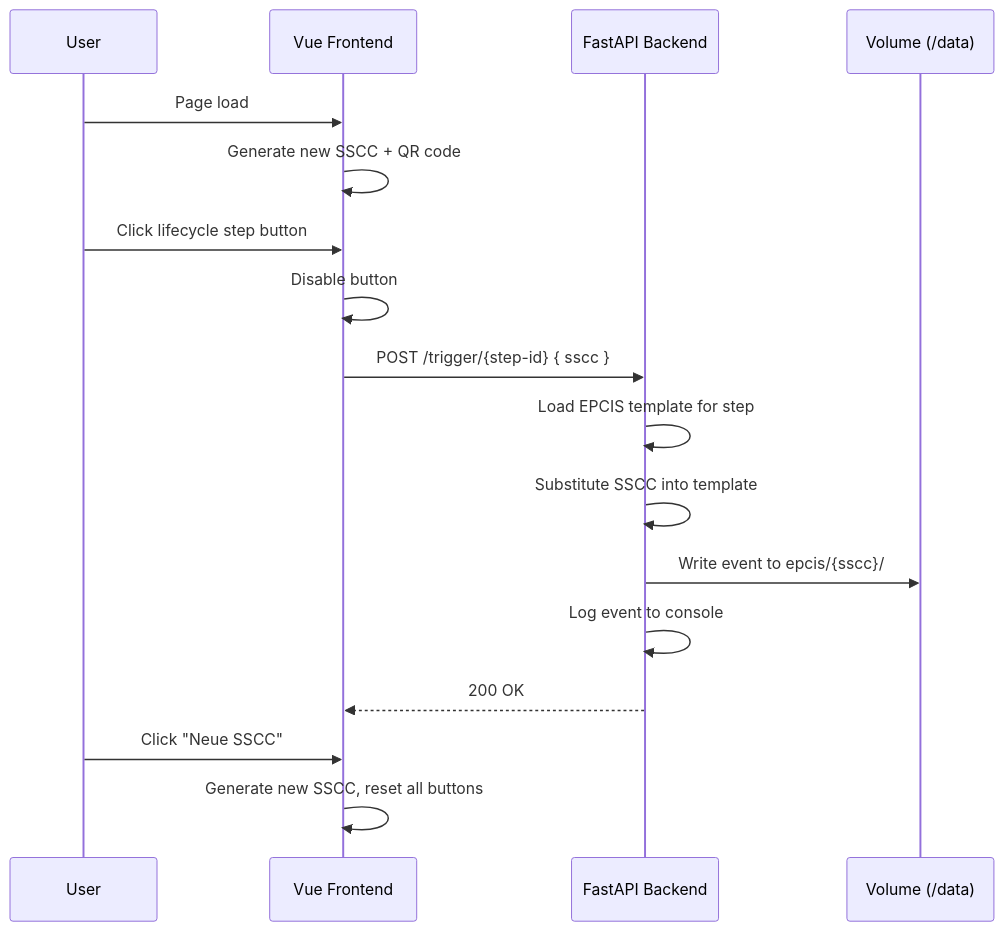
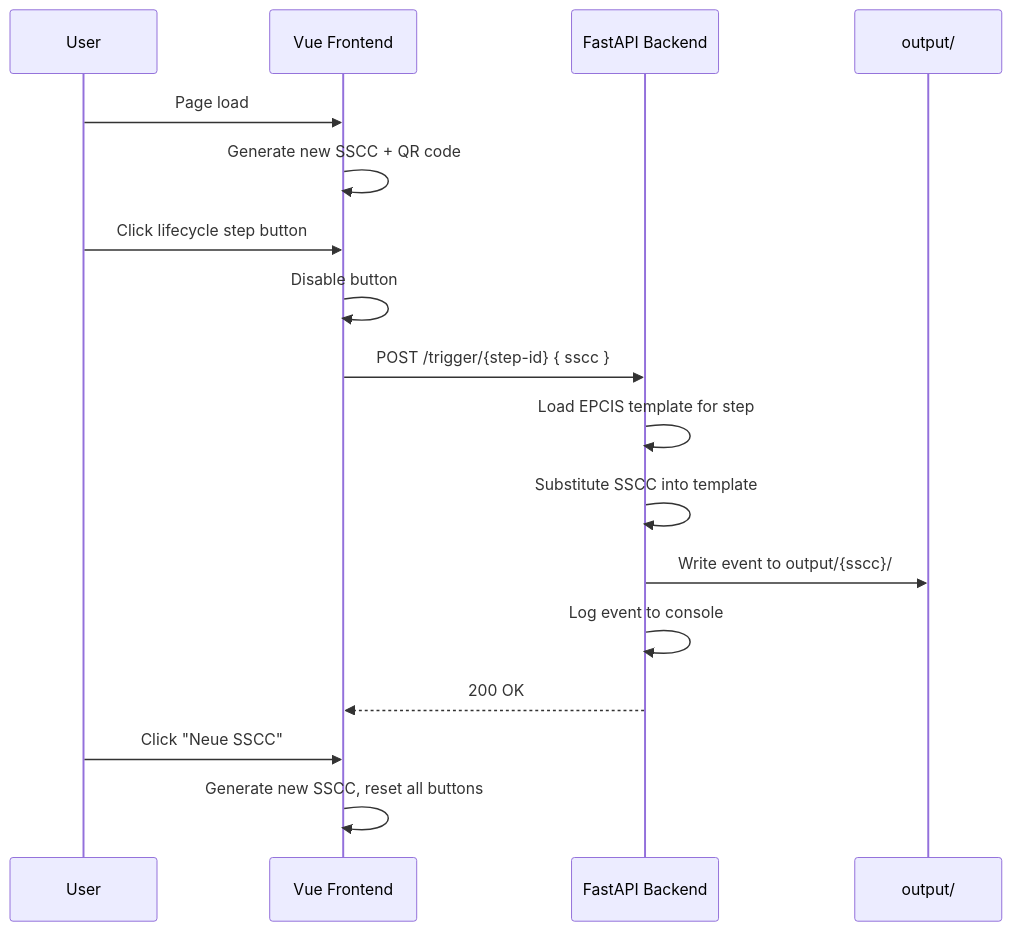
One commit to project-construct-x/Lindner-Demonstrator changed the diagram in docs/index.md. Above: the diagram before and after it, drawn with Mermaid. The commit also changed other lines of this file and 13 other files, not shown here.

````diff
--- a/docs/index.md
+++ b/docs/index.md
@@ -122,22 +128,22 @@
 ```mermaid
 sequenceDiagram
     participant U as User
     participant FE as Vue Frontend
     participant BE as FastAPI Backend
-    participant FS as Volume (/data)
+    participant FS as output/
 
     U->>FE: Page load
     FE->>FE: Generate new SSCC + QR code
 
     U->>FE: Click lifecycle step button
     FE->>FE: Disable button
     FE->>BE: POST /trigger/{step-id} { sscc }
     BE->>BE: Load EPCIS template for step
     BE->>BE: Substitute SSCC into template
-    BE->>FS: Write event to epcis/{sscc}/
+    BE->>FS: Write event to output/{sscc}/
     BE->>BE: Log event to console
     BE-->>FE: 200 OK
 
     U->>FE: Click "Neue SSCC"
     FE->>FE: Generate new SSCC, reset all buttons
 ```
````
